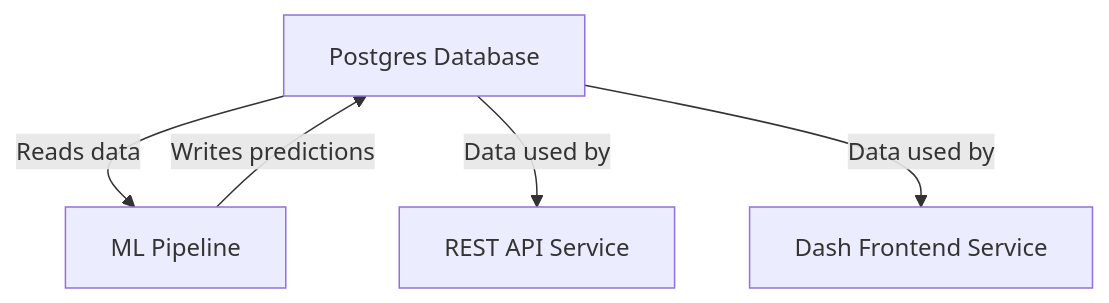
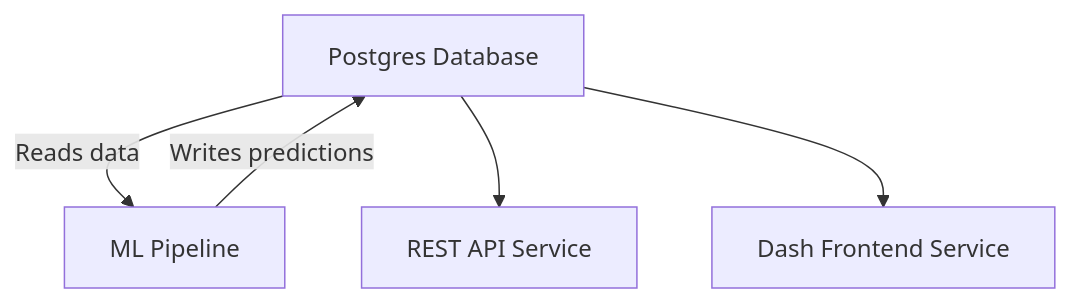
One commit to jyablonski/doqs changed the first of 2 diagrams in src/content/docs/services/ml_pipeline.md. Above: the diagram before and after it, drawn with Mermaid. The commit also changed other lines of this file and 8 other files, not shown here.

````diff
--- a/src/content/docs/services/ml_pipeline.md
+++ b/src/content/docs/services/ml_pipeline.md
@@ -13,8 +13,8 @@
 ``` mermaid
 graph TD
     A[Postgres Database] -->|Reads data| B[ML Pipeline]
     B -->|Writes predictions| A
-    A -->|Data used by| C[REST API Service]
-    A -->|Data used by| D[Dash Frontend Service]
+    A --> C[REST API Service]
+    A --> D[Dash Frontend Service]
 
 ```
````
